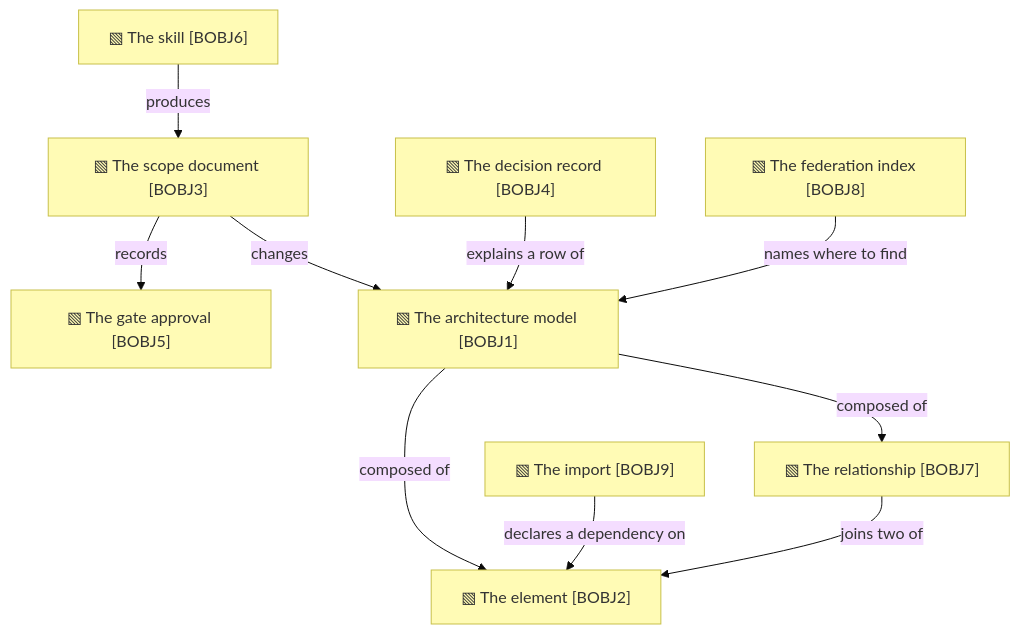
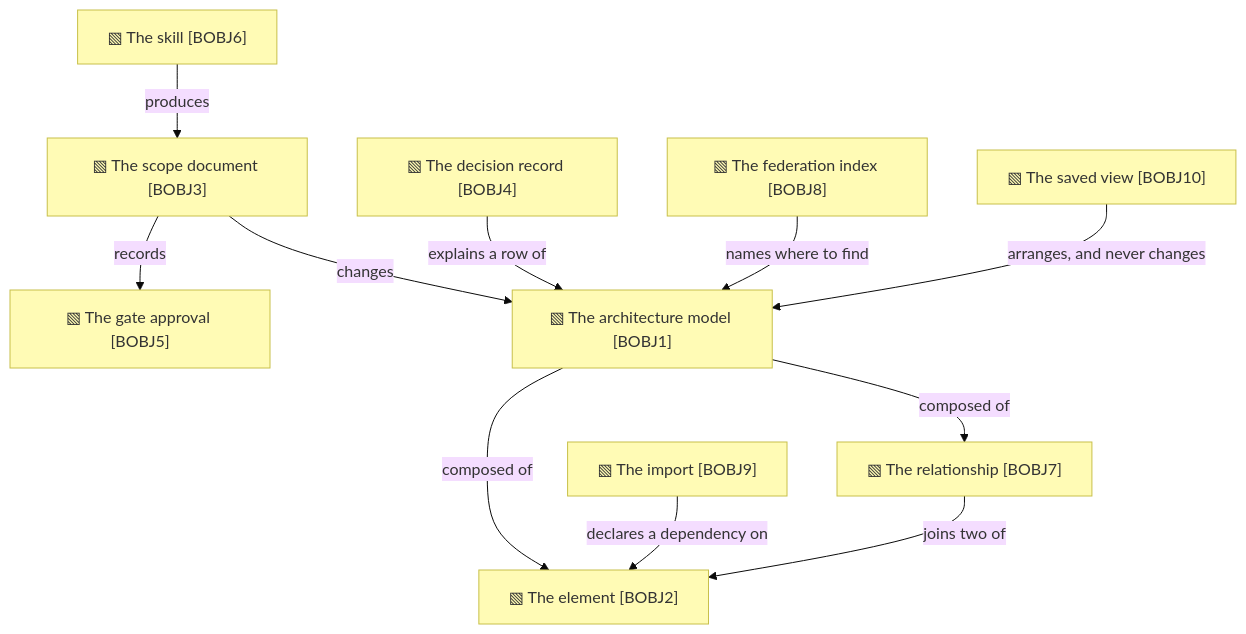
The second of 2 diagrams in product-archreator/architecture/2_business/4_business-objects.md (roanboc/architecture-archreator), drawn with Mermaid (base theme) before and after one commit. The commit also changed other lines of this file and 15 other files, not shown here.

````diff
--- a/product-archreator/architecture/2_business/4_business-objects.md
+++ b/product-archreator/architecture/2_business/4_business-objects.md
@@ -39,24 +40,26 @@
 ```mermaid
 flowchart TB
   bobj1["▧ The architecture model [BOBJ1]"]:::object
   bobj2["▧ The element [BOBJ2]"]:::object
   bobj3["▧ The scope document [BOBJ3]"]:::object
   bobj4["▧ The decision record [BOBJ4]"]:::object
   bobj5["▧ The gate approval [BOBJ5]"]:::object
   bobj6["▧ The skill [BOBJ6]"]:::object
   bobj7["▧ The relationship [BOBJ7]"]:::object
   bobj8["▧ The federation index [BOBJ8]"]:::object
   bobj9["▧ The import [BOBJ9]"]:::object
+  bobj10["▧ The saved view [BOBJ10]"]:::object
 
   bobj1 -->|composed of| bobj2
   bobj1 -->|composed of| bobj7
   bobj7 -->|joins two of| bobj2
   bobj8 -->|names where to find| bobj1
   bobj9 -->|declares a dependency on| bobj2
+  bobj10 -->|arranges, and never changes| bobj1
   bobj3 -->|records| bobj5
   bobj3 -->|changes| bobj1
   bobj4 -->|explains a row of| bobj1
   bobj6 -->|produces| bobj3
 
   classDef object fill:#fffbb5,stroke:#c8c04a,color:#333
 ```
````
